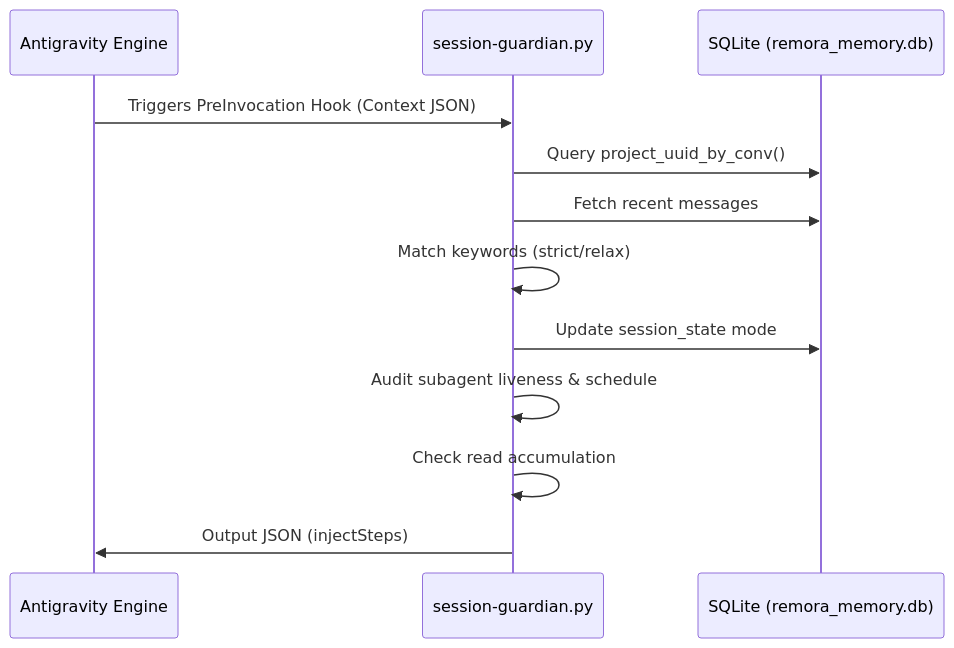
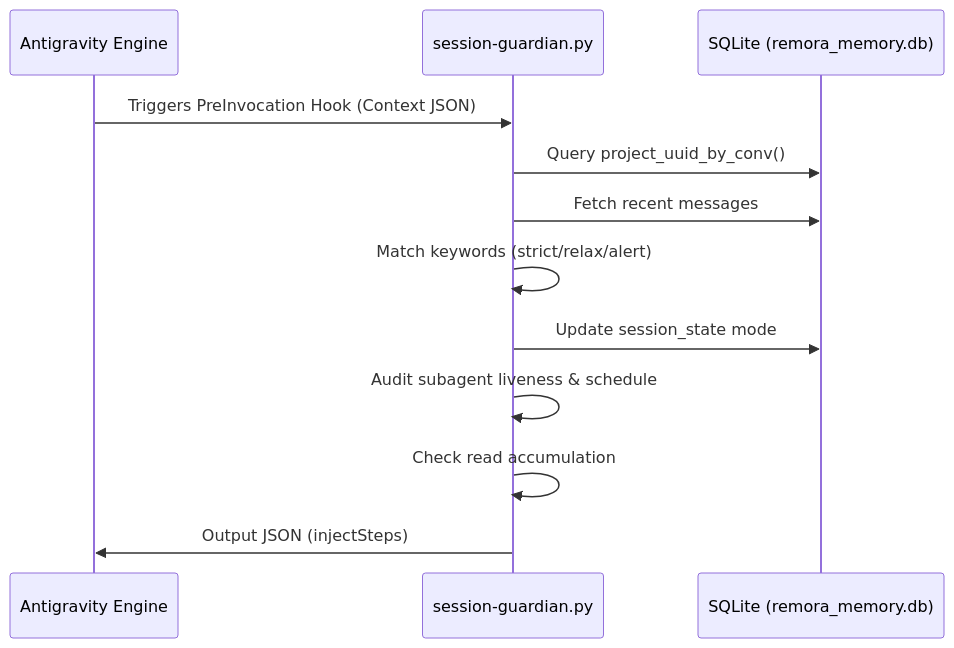
The first of 11 diagrams in docs/business_flows.md (pseudoming/remora-plugin), drawn with Mermaid before and after one commit. The commit also changed other lines of this file and 13 other files, not shown here.

````diff
--- a/docs/business_flows.md
+++ b/docs/business_flows.md
@@ -32,15 +35,15 @@
 ```mermaid
 sequenceDiagram
     participant AGY as Antigravity Engine
     participant SG as session-guardian.py
     participant DB as SQLite (remora_memory.db)
     
     AGY->>SG: Triggers PreInvocation Hook (Context JSON)
     SG->>DB: Query project_uuid_by_conv()
     SG->>DB: Fetch recent messages
-    SG->>SG: Match keywords (strict/relax)
+    SG->>SG: Match keywords (strict/relax/alert)
     SG->>DB: Update session_state mode
     SG->>SG: Audit subagent liveness & schedule
     SG->>SG: Check read accumulation
     SG->>AGY: Output JSON (injectSteps)
 ```
````
